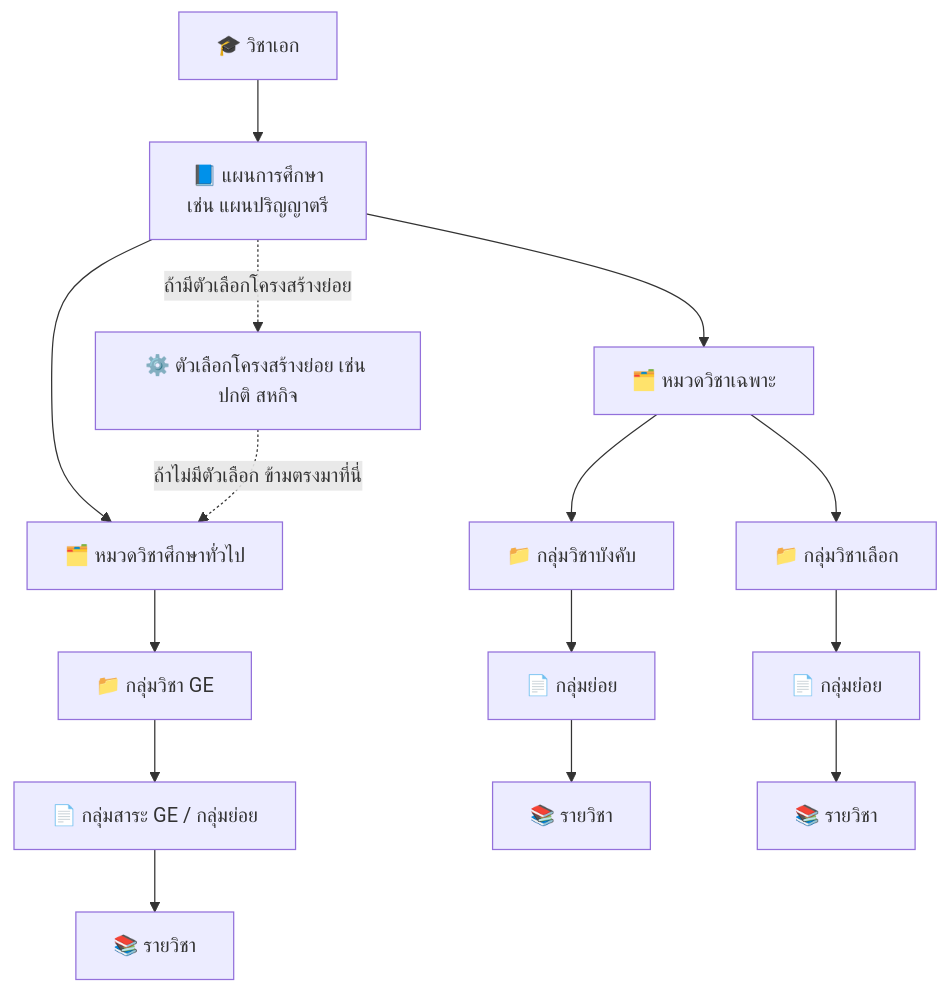
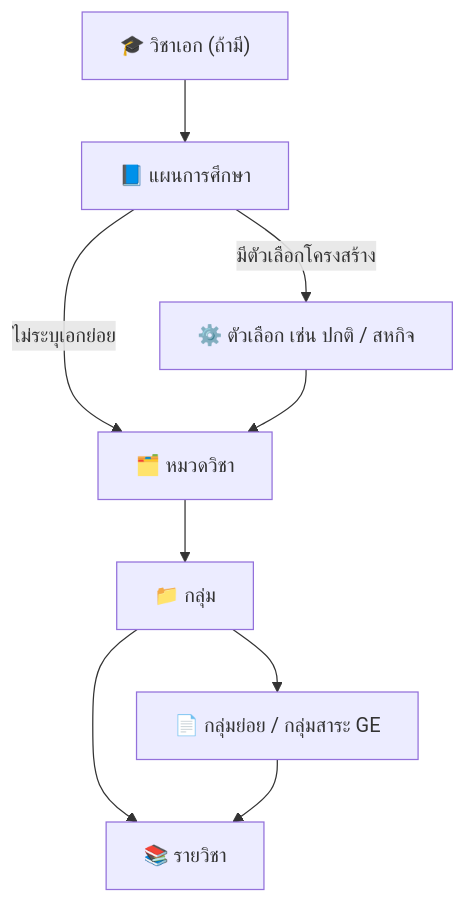
Before and after one commit to kamolchanokc/cms-user-manaul: the diagram in curriculum-structure.md, drawn with Mermaid. The commit also changed other lines of this file and 30 other files, not shown here.

````diff
--- a/curriculum-structure.md
+++ b/curriculum-structure.md
@@ -99,17 +152,11 @@
 ```mermaid
 flowchart TD
-    A["🎓 วิชาเอก"] --> B["📘 แผนการศึกษา<br/>เช่น แผนปริญญาตรี"]
-    B -.->|"ถ้ามีตัวเลือกโครงสร้างย่อย"| V["⚙️ ตัวเลือกโครงสร้างย่อย เช่น ปกติ สหกิจ"]
-    B --> C1["🗂️ หมวดวิชาศึกษาทั่วไป"]
-    B --> C2["🗂️ หมวดวิชาเฉพาะ"]
-    V -.->|"ถ้าไม่มีตัวเลือก ข้ามตรงมาที่นี่"| C1
-    C1 --> D1["📁 กลุ่มวิชา GE"]
-    C2 --> D2["📁 กลุ่มวิชาบังคับ"]
-    C2 --> D3["📁 กลุ่มวิชาเลือก"]
-    D1 --> E1["📄 กลุ่มสาระ GE / กลุ่มย่อย"]
-    D2 --> E2["📄 กลุ่มย่อย"]
-    D3 --> E3["📄 กลุ่มย่อย"]
-    E1 --> F1["📚 รายวิชา"]
-    E2 --> F2["📚 รายวิชา"]
-    E3 --> F3["📚 รายวิชา"]
+    A["🎓 วิชาเอก (ถ้ามี)"] --> B["📘 แผนการศึกษา"]
+    B -->|"ไม่ระบุเอกย่อย"| C["🗂️ หมวดวิชา"]
+    B -->|"มีตัวเลือกโครงสร้าง"| V["⚙️ ตัวเลือก เช่น ปกติ / สหกิจ"]
+    V --> C
+    C --> D["📁 กลุ่ม"]
+    D --> E["📄 กลุ่มย่อย / กลุ่มสาระ GE"]
+    D --> F["📚 รายวิชา"]
+    E --> F
 ```
````
